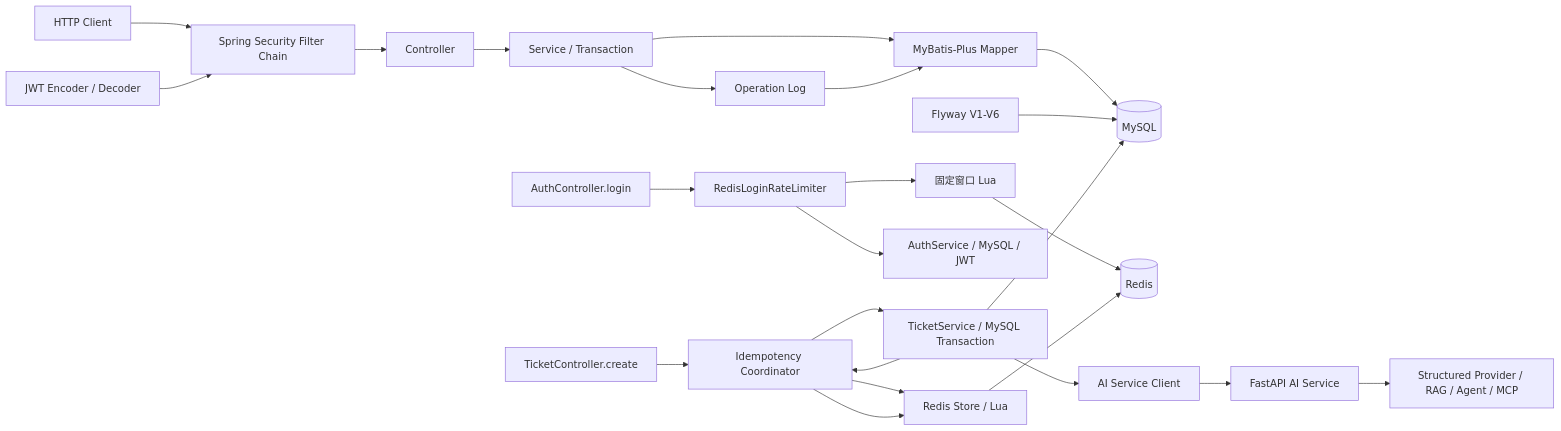
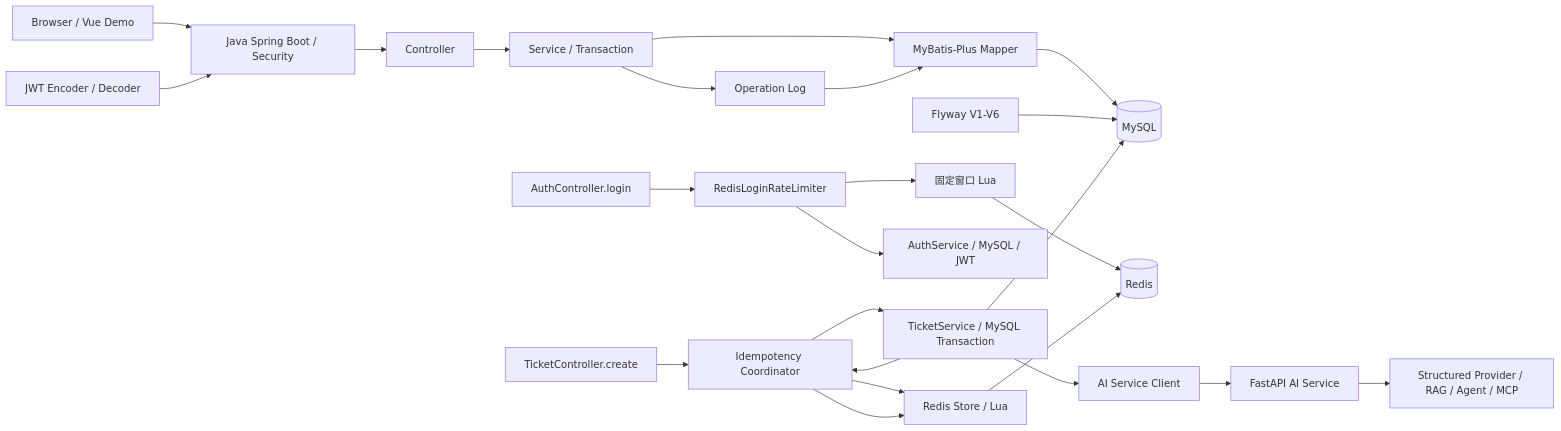
Before and after one commit to zc2777038647/ai-ticket-platform: the diagram in README.md, drawn with Mermaid. The commit also changed other lines of this file, not shown here.

Commit message:
docs: polish Java project presentation

````diff
--- a/README.md
+++ b/README.md
@@ -68,26 +77,26 @@
 ```mermaid
 flowchart LR
-    Client["HTTP Client"] --> Security["Spring Security Filter Chain"]
+    Browser["Browser / Vue Demo"] --> Security["Java Spring Boot / Security"]
     Security --> Controller["Controller"]
     Controller --> Service["Service / Transaction"]
     Service --> Mapper["MyBatis-Plus Mapper"]
     Mapper --> MySQL[("MySQL")]
     JWT["JWT Encoder / Decoder"] --> Security
     Flyway["Flyway V1-V6"] --> MySQL
     Service --> Log["Operation Log"]
     Log --> Mapper
     Auth["AuthController.login"] --> RateLimiter["RedisLoginRateLimiter"]
     RateLimiter --> RateLua["固定窗口 Lua"]
     RateLua --> Redis[("Redis")]
     RateLimiter --> AuthService["AuthService / MySQL / JWT"]
     Create["TicketController.create"] --> Coordinator["Idempotency Coordinator"]
     Coordinator --> Store["Redis Store / Lua"]
     Store --> Redis
     Coordinator --> TicketService["TicketService / MySQL Transaction"]
     TicketService --> MySQL
     TicketService --> Coordinator
     Coordinator --> Store
     TicketService --> AiClient["AI Service Client"]
     AiClient --> Python["FastAPI AI Service"]
     Python --> Knowledge["Structured Provider / RAG / Agent / MCP"]
 ```
````
